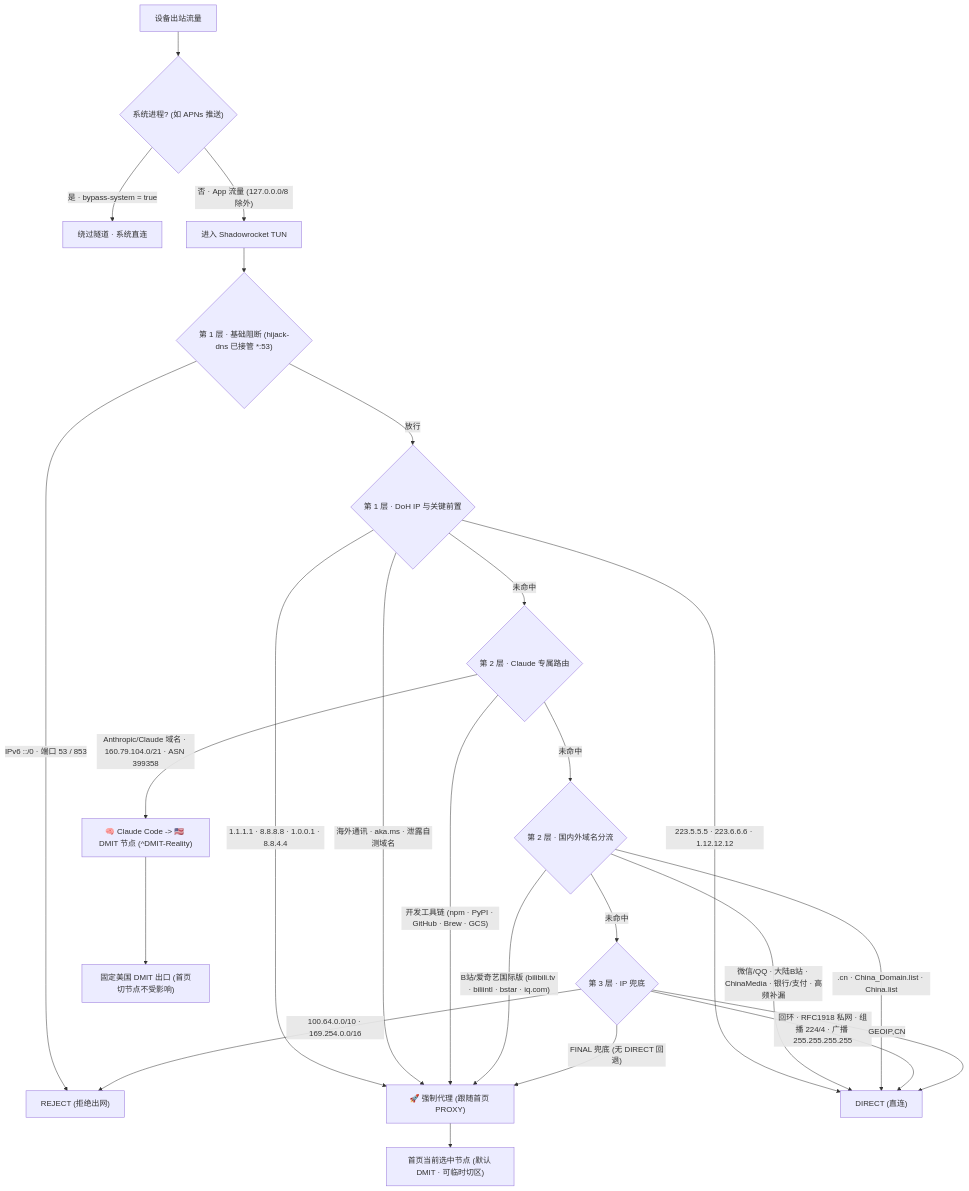
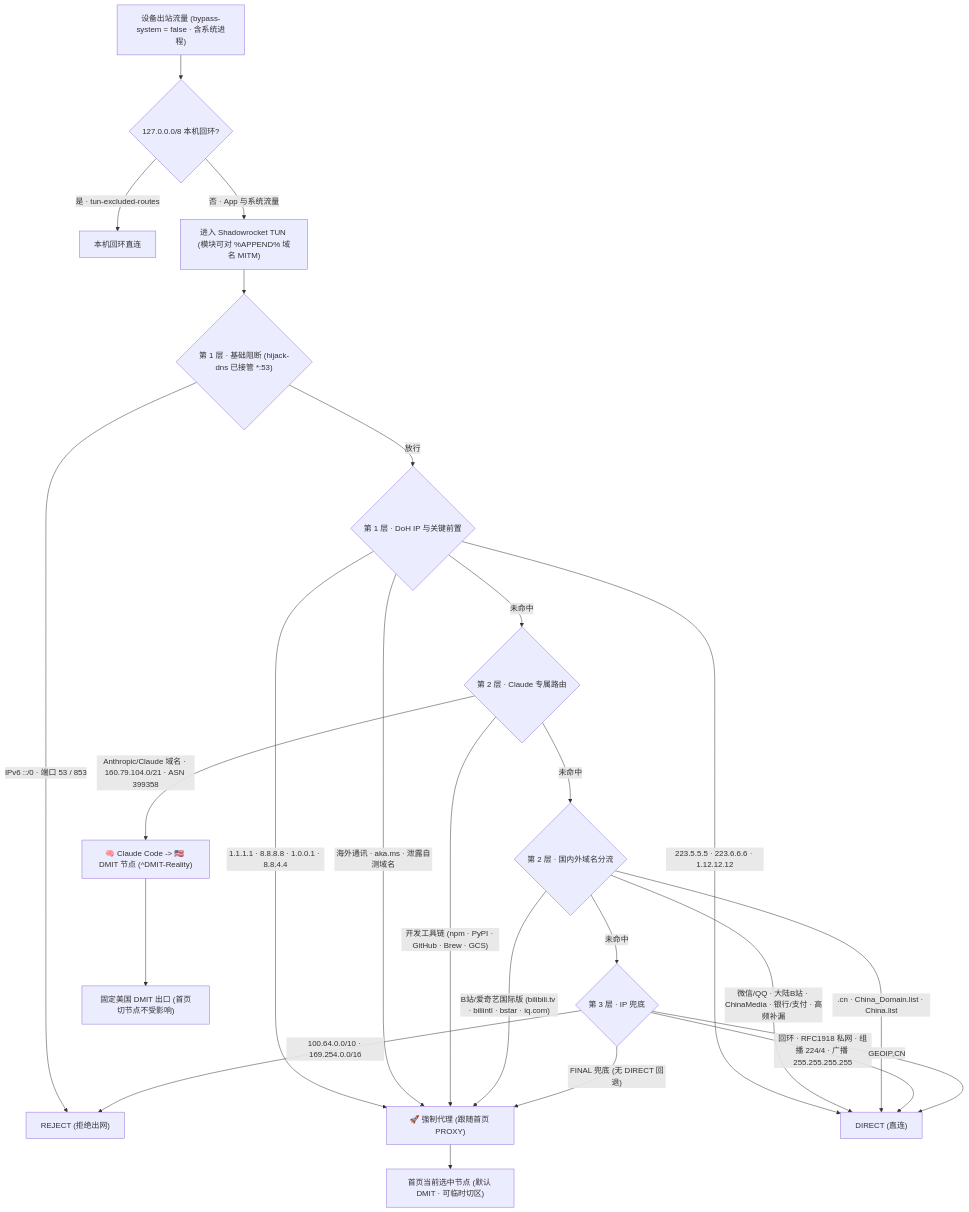
One commit to WANGXU-SU/shrc changed the first of 2 diagrams in README.md. Above: the diagram before and after it, drawn with Mermaid. The commit also changed other lines of this file and 1 other file, not shown here.

First line of the commit message:
fix(shadowrocket): 恢复 bypass-system=false 并开启空 hostname MITM 以兼容 wloc

````diff
--- a/README.md
+++ b/README.md
@@ -26,32 +26,32 @@
 ```mermaid
 flowchart TD
-    Start["设备出站流量"] --> SysCheck{"系统进程? (如 APNs 推送)"}
-    SysCheck -- "是 · bypass-system = true" --> SysDirect["绕过隧道 · 系统直连"]
-    SysCheck -- "否 · App 流量 (127.0.0.0/8 除外)" --> Tun["进入 Shadowrocket TUN"]
+    Start["设备出站流量 (bypass-system = false · 含系统进程)"] --> LoopCheck{"127.0.0.0/8 本机回环?"}
+    LoopCheck -- "是 · tun-excluded-routes" --> Loopback["本机回环直连"]
+    LoopCheck -- "否 · App 与系统流量" --> Tun["进入 Shadowrocket TUN (模块可对 %APPEND% 域名 MITM)"]
 
     Tun --> L1Block{"第 1 层 · 基础阻断 (hijack-dns 已接管 *:53)"}
     L1Block -- "IPv6 ::/0 · 端口 53 / 853" --> OutReject["REJECT (拒绝出网)"]
     L1Block -- "放行" --> L1DoH{"第 1 层 · DoH IP 与关键前置"}
 
     L1DoH -- "1.1.1.1 · 8.8.8.8 · 1.0.0.1 · 8.8.4.4" --> GroupProxy["🚀 强制代理 (跟随首页 PROXY)"]
     L1DoH -- "223.5.5.5 · 223.6.6.6 · 1.12.12.12" --> OutDirect["DIRECT (直连)"]
     L1DoH -- "海外通讯 · aka.ms · 泄露自测域名" --> GroupProxy
     L1DoH -- "未命中" --> L2Claude{"第 2 层 · Claude 专属路由"}
 
     L2Claude -- "Anthropic/Claude 域名 · 160.79.104.0/21 · ASN 399358" --> GroupClaude["🧠 Claude Code -> 🇺🇸 DMIT 节点 (^DMIT-Reality)"]
     L2Claude -- "开发工具链 (npm · PyPI · GitHub · Brew · GCS)" --> GroupProxy
     L2Claude -- "未命中" --> L2Media{"第 2 层 · 国内外域名分流"}
 
     L2Media -- "B站/爱奇艺国际版 (bilibili.tv · biliintl · bstar · iq.com)" --> GroupProxy
     L2Media -- "微信/QQ · 大陆B站 · ChinaMedia · 银行/支付 · 高频补漏" --> OutDirect
     L2Media -- ".cn · China_Domain.list · China.list" --> OutDirect
     L2Media -- "未命中" --> L3IP{"第 3 层 · IP 兜底"}
 
     L3IP -- "回环 · RFC1918 私网 · 组播 224/4 · 广播 255.255.255.255" --> OutDirect
     L3IP -- "100.64.0.0/10 · 169.254.0.0/16" --> OutReject
     L3IP -- "GEOIP,CN" --> OutDirect
     L3IP -- "FINAL 兜底 (无 DIRECT 回退)" --> GroupProxy
 
     GroupClaude --> ExitDMIT["固定美国 DMIT 出口 (首页切节点不受影响)"]
     GroupProxy --> ExitHome["首页当前选中节点 (默认 DMIT · 可临时切区)"]
 ```
````
